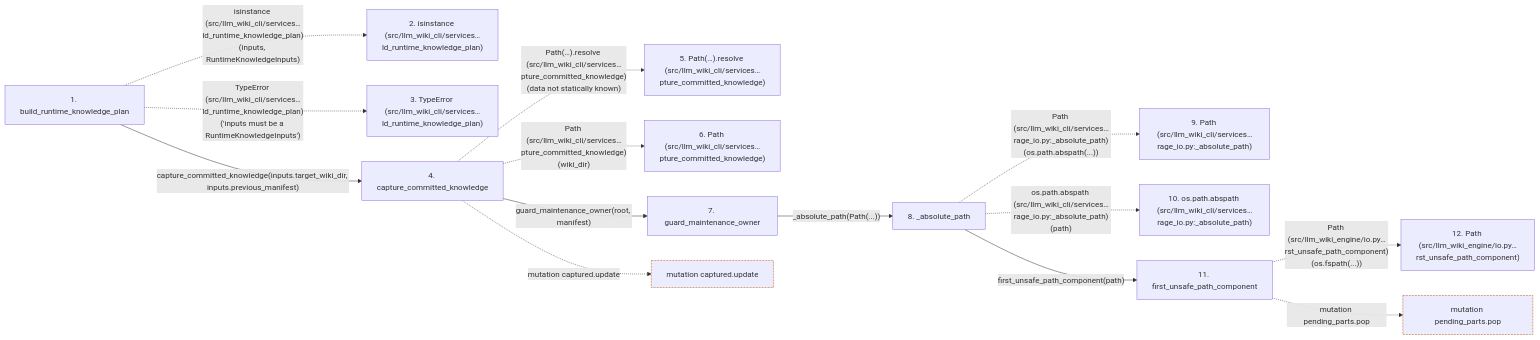
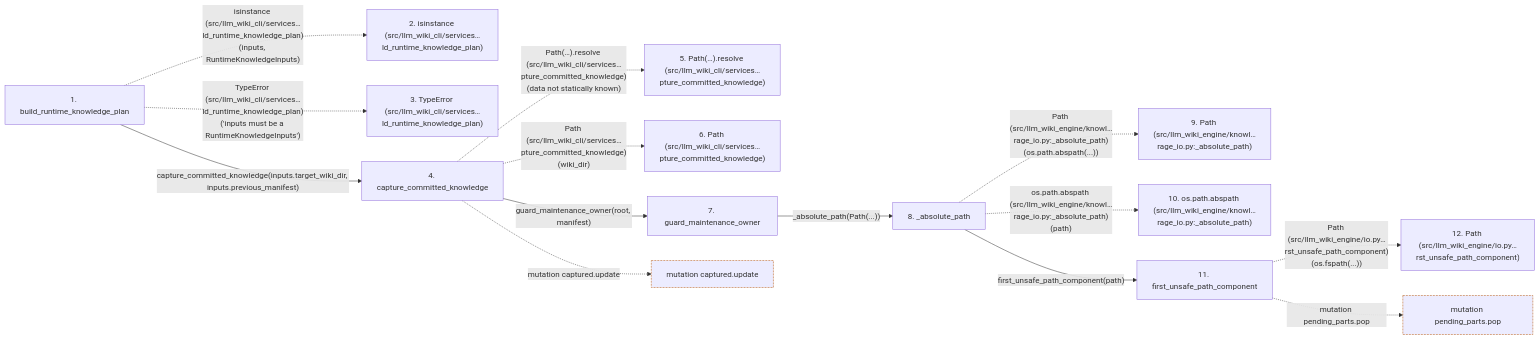
The second of 2 diagrams in docs/llm_wiki/flows/api-build_runtime_knowledge_plan.md (Denissvgn/python-wiki-llm), drawn with Mermaid before and after one commit. The commit also changed other lines of this file and 1058 other files, not shown here.

````diff
--- a/docs/llm_wiki/flows/api-build_runtime_knowledge_plan.md
+++ b/docs/llm_wiki/flows/api-build_runtime_knowledge_plan.md
@@ -182,38 +181,38 @@
 ```mermaid
 flowchart LR
     s1["1. build_runtime_knowledge_plan"]
     s2["2. isinstance (src/llm_wiki_cli/services…ld_runtime_knowledge_plan)"]
     s3["3. TypeError (src/llm_wiki_cli/services…ld_runtime_knowledge_plan)"]
     s4["4. capture_committed_knowledge"]
     s5["5. Path(…).resolve (src/llm_wiki_cli/services…pture_committed_knowledge)"]
     s6["6. Path (src/llm_wiki_cli/services…pture_committed_knowledge)"]
     s7["7. guard_maintenance_owner"]
     s8["8. _absolute_path"]
-    s9["9. Path (src/llm_wiki_cli/services…rage_io.py:_absolute_path)"]
-    s10["10. os.path.abspath (src/llm_wiki_cli/services…rage_io.py:_absolute_path)"]
+    s9["9. Path (src/llm_wiki_engine/knowl…rage_io.py:_absolute_path)"]
+    s10["10. os.path.abspath (src/llm_wiki_engine/knowl…rage_io.py:_absolute_path)"]
     s11["11. first_unsafe_path_component"]
     s12["12. Path (src/llm_wiki_engine/io.py…rst_unsafe_path_component)"]
     s1 -. "isinstance (src/llm_wiki_cli/services…ld_runtime_knowledge_plan)(inputs, RuntimeKnowledgeInputs)" .-> s2
     s1 -. "TypeError (src/llm_wiki_cli/services…ld_runtime_knowledge_plan)('inputs must be a RuntimeKnowledgeInputs')" .-> s3
     s1 -->|"capture_committed_knowledge(inputs.target_wiki_dir, inputs.previous_manifest)"| s4
     s4 -. "Path(…).resolve (src/llm_wiki_cli/services…pture_committed_knowledge)(data not statically known)" .-> s5
     s4 -. "Path (src/llm_wiki_cli/services…pture_committed_knowledge)(wiki_dir)" .-> s6
     s4 -->|"guard_maintenance_owner(root, manifest)"| s7
     s7 -->|"_absolute_path(Path(...))"| s8
-    s8 -. "Path (src/llm_wiki_cli/services…rage_io.py:_absolute_path)(os.path.abspath(...))" .-> s9
-    s8 -. "os.path.abspath (src/llm_wiki_cli/services…rage_io.py:_absolute_path)(path)" .-> s10
+    s8 -. "Path (src/llm_wiki_engine/knowl…rage_io.py:_absolute_path)(os.path.abspath(...))" .-> s9
+    s8 -. "os.path.abspath (src/llm_wiki_engine/knowl…rage_io.py:_absolute_path)(path)" .-> s10
     s8 -->|"first_unsafe_path_component(path)"| s11
     s11 -. "Path (src/llm_wiki_engine/io.py…rst_unsafe_path_component)(os.fspath(...))" .-> s12
     b0["mutation captured.update"]
     s4 -. "mutation captured.update" .-> b0
     b1["mutation pending_parts.pop"]
     s11 -. "mutation pending_parts.pop" .-> b1
     click s1 "../modules/knowledge_orchestration.md"
     click s4 "../modules/knowledge_orchestration.md"
     click s7 "../modules/maintenance_protocol.md"
     click s8 "../modules/knowledge_storage_io.md"
     click s11 "../modules/io.md"
     classDef boundary stroke:#b45309,stroke-dasharray: 4 2
     class b0 boundary
     class b1 boundary
 ```
````
